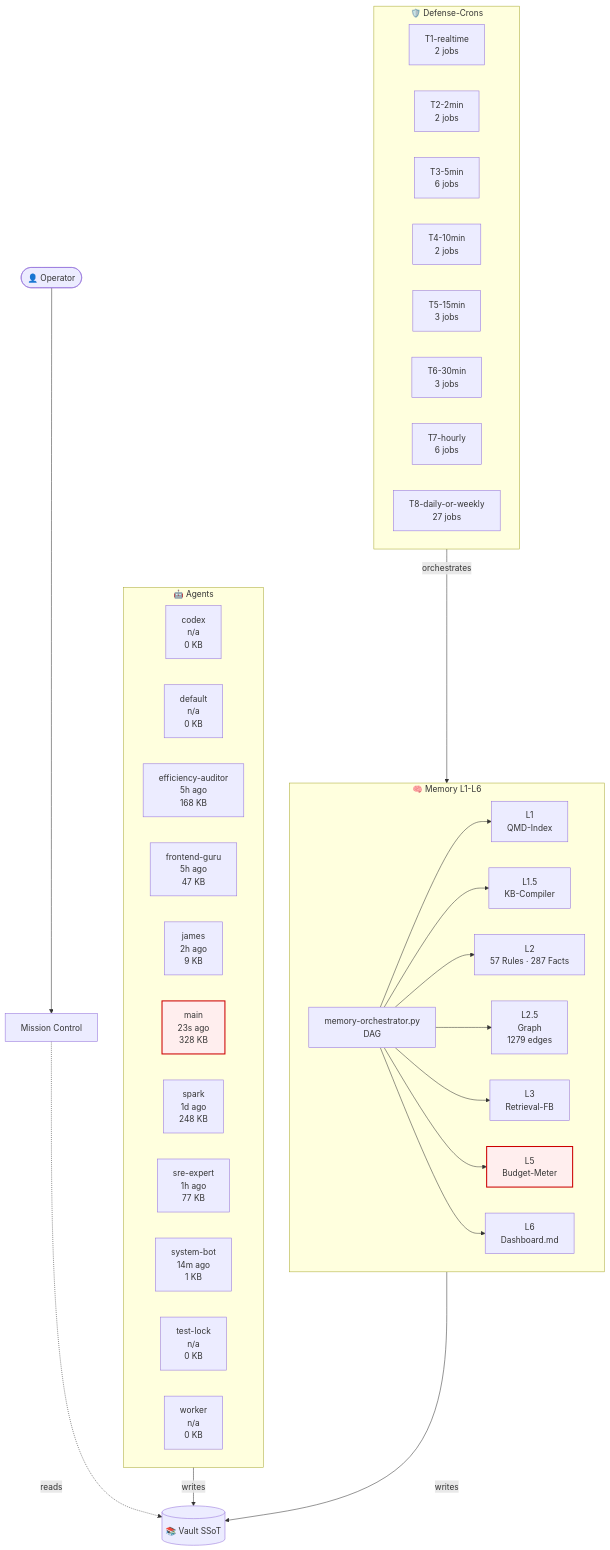
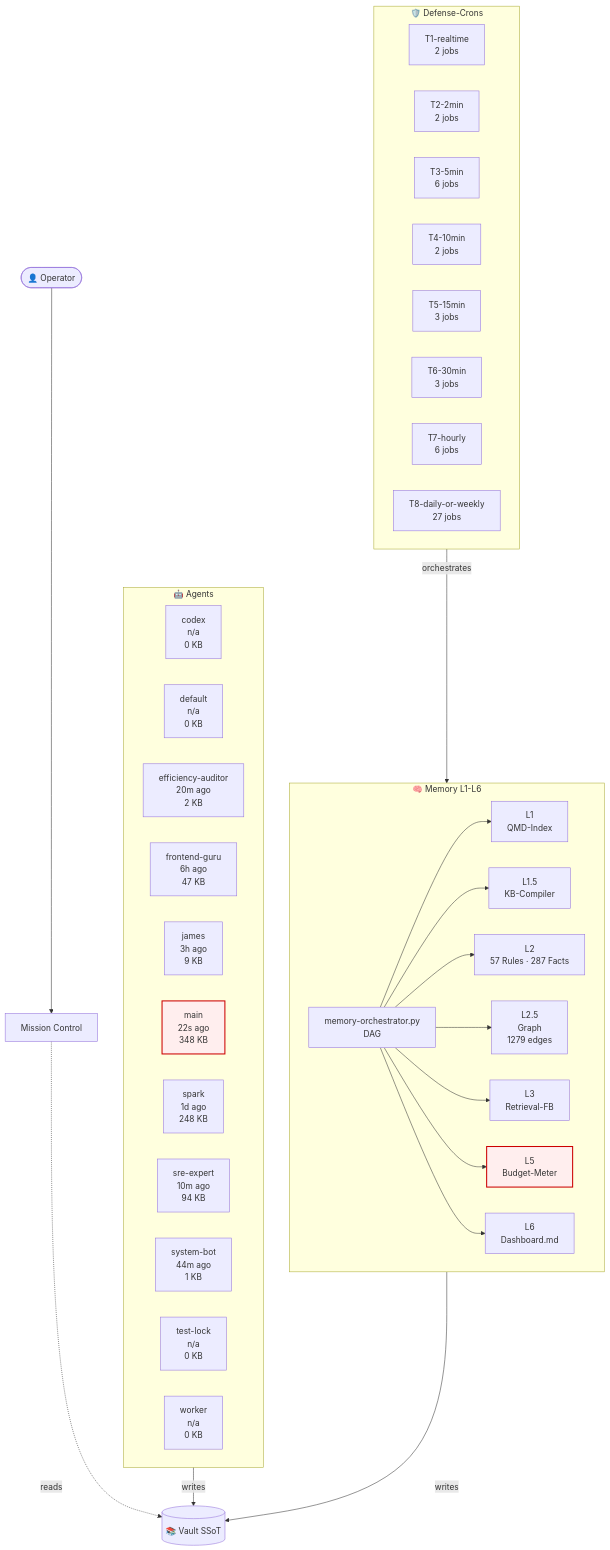
The diagram in 03-Agents/architecture-live.md (lenardhuebner88-rgb/openclaw-memory), drawn with Mermaid before and after one commit. The commit also changed other lines of this file and 4 other files, not shown here.

````diff
--- a/03-Agents/architecture-live.md
+++ b/03-Agents/architecture-live.md
@@ -18,54 +18,54 @@
 ```mermaid
 flowchart TB
     classDef critical fill:#fee,stroke:#c00,stroke-width:2px;
     subgraph AGT["🤖 Agents"]
         agent_codex["codex<br/>n/a<br/>0 KB"]
         agent_default["default<br/>n/a<br/>0 KB"]
-        agent_efficiency_auditor["efficiency-auditor<br/>5h ago<br/>168 KB"]
-        agent_frontend_guru["frontend-guru<br/>5h ago<br/>47 KB"]
-        agent_james["james<br/>2h ago<br/>9 KB"]
-        agent_main["main<br/>23s ago<br/>328 KB"]
+        agent_efficiency_auditor["efficiency-auditor<br/>20m ago<br/>2 KB"]
+        agent_frontend_guru["frontend-guru<br/>6h ago<br/>47 KB"]
+        agent_james["james<br/>3h ago<br/>9 KB"]
+        agent_main["main<br/>22s ago<br/>348 KB"]
         agent_spark["spark<br/>1d ago<br/>248 KB"]
-        agent_sre_expert["sre-expert<br/>1h ago<br/>77 KB"]
-        agent_system_bot["system-bot<br/>14m ago<br/>1 KB"]
+        agent_sre_expert["sre-expert<br/>10m ago<br/>94 KB"]
+        agent_system_bot["system-bot<br/>44m ago<br/>1 KB"]
         agent_test_lock["test-lock<br/>n/a<br/>0 KB"]
         agent_worker["worker<br/>n/a<br/>0 KB"]
     end
     subgraph MEM["🧠 Memory L1-L6"]
         L1["L1<br/>QMD-Index"]
         L15["L1.5<br/>KB-Compiler"]
         L2["L2<br/>57 Rules · 287 Facts"]
         L25["L2.5<br/>Graph<br/>1279 edges"]
         L3["L3<br/>Retrieval-FB"]
         L5["L5<br/>Budget-Meter"]
         L6["L6<br/>Dashboard.md"]
         ORCH["memory-orchestrator.py<br/>DAG"]
     end
     subgraph CRN["🛡️ Defense-Crons"]
         tier_T1_realtime["T1-realtime<br/>2 jobs"]
         tier_T2_2min["T2-2min<br/>2 jobs"]
         tier_T3_5min["T3-5min<br/>6 jobs"]
         tier_T4_10min["T4-10min<br/>2 jobs"]
         tier_T5_15min["T5-15min<br/>3 jobs"]
         tier_T6_30min["T6-30min<br/>3 jobs"]
         tier_T7_hourly["T7-hourly<br/>6 jobs"]
         tier_T8_daily_or_weekly["T8-daily-or-weekly<br/>27 jobs"]
     end
     VAULT[("📚 Vault SSoT")]
     OP([👤 Operator])
     MC["Mission Control"]
     OP --> MC
     MC -.reads.-> VAULT
     AGT -->|writes| VAULT
     MEM -->|writes| VAULT
     ORCH --> L1
     ORCH --> L15
     ORCH --> L2
     ORCH --> L25
     ORCH --> L3
     ORCH --> L5
     ORCH --> L6
     CRN -->|orchestrates| MEM
     class L5 critical
     class agent_main critical
 ```
````
